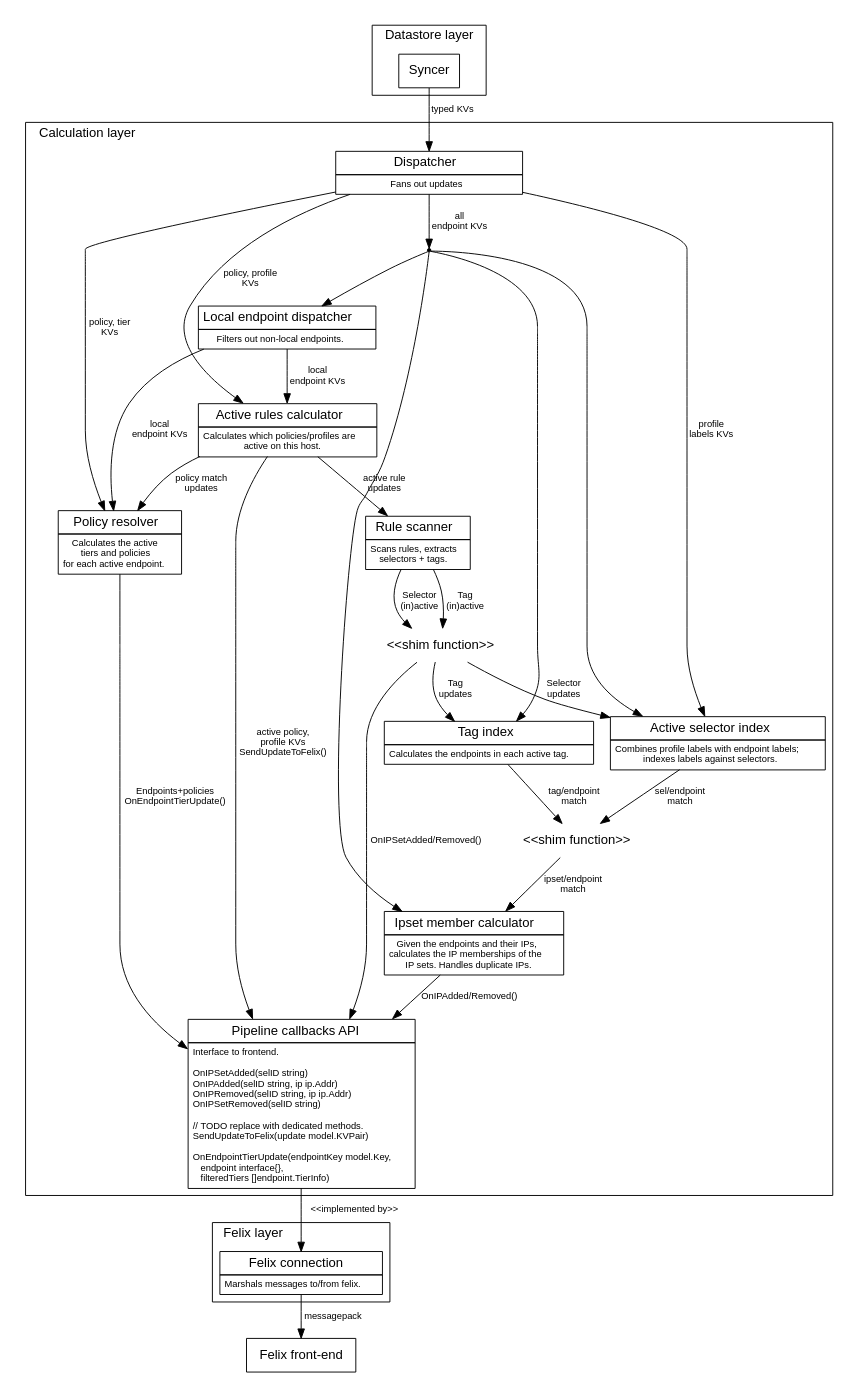
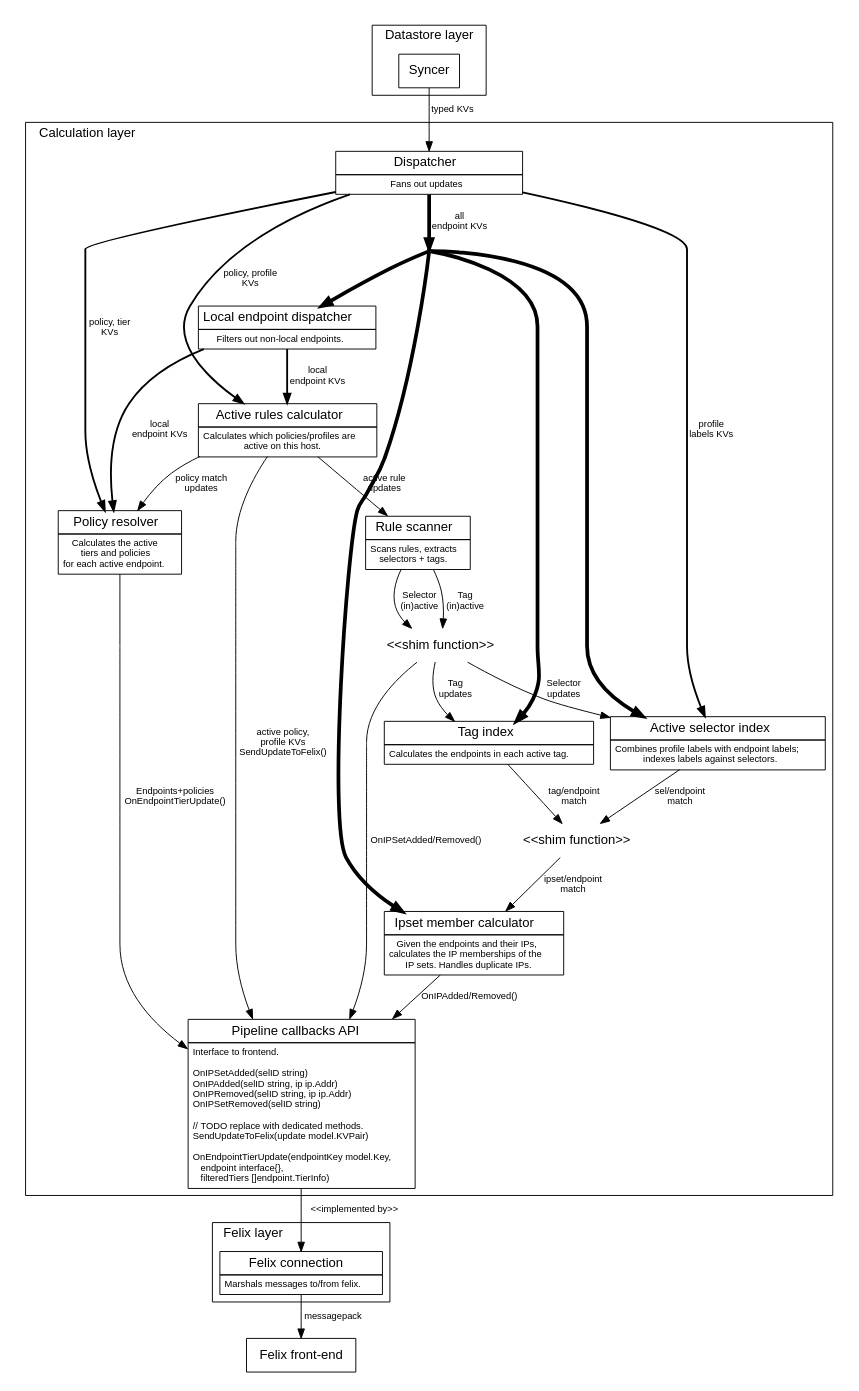
Before and after one commit to projectcalico/libcalico-go: the diagram in doc/calc.dot, drawn with Graphviz.

Commit message:
Use penwidth to maek KVs clear.

```diff
--- a/doc/calc.dot
+++ b/doc/calc.dot
@@ -1,134 +1,134 @@
 digraph G {
 size="7.5,10"
 labeljust="l"
 fontname=Helvetica;
 node [fontname=Helvetica]
 edge [fontname=Helvetica,fontsize=10]
 
     subgraph cluster0 {
     label="Datastore layer";
 
         Syncer [shape=box]
     }
 
     Syncer -> Dispatcher [label="typed KVs"]
 
     subgraph cluster1 {
     label="Calculation layer";
         subgraph {
             /* Put some padding either side of the Dispatcher. */
             rank=same; nodepadding1; Dispatcher; nodepadding2;
             nodepadding1 [style=invisible,fixedsize=true,width=4]
             nodepadding2 [style=invisible,fixedsize=true,width=4]
             nodepadding1 -> Dispatcher [style=invis];
             Dispatcher -> nodepadding2 [style=invis];
         }
 
         Dispatcher [label=<<table BORDER="0" CELLBORDER="1" CELLSPACING="0" CELLPADDING="4">
           <tr><td WIDTH="200"><font point-size="14" >Dispatcher</font></td></tr>
           <tr><td><font point-size="10">Fans out updates</font></td></tr>
         </table>>, shape=none, margin=0]
-        Dispatcher -> PolicyResolver [label="policy, tier\nKVs"]
-        Dispatcher -> ActiveRulesCalc [label="policy, profile\nKVs"]
-        Dispatcher -> ActiveSelIdx [label="profile\nlabels KVs"]
+        Dispatcher -> PolicyResolver [label="policy, tier\nKVs", penwidth=2]
+        Dispatcher -> ActiveRulesCalc [label="policy, profile\nKVs", penwidth=2]
+        Dispatcher -> ActiveSelIdx [label="profile\nlabels KVs", penwidth=2]
 
         EPKVs [shape=point];
-        Dispatcher -> EPKVs [label="all\nendpoint KVs"];
+        Dispatcher -> EPKVs [label="all\nendpoint KVs", penwidth=4];
 
-        EPKVs -> ActiveSelIdx;
-        EPKVs -> LocalDispatcher;
-        EPKVs -> TagIndex;
-        EPKVs -> MemberCalc;
+        EPKVs -> ActiveSelIdx [penwidth=4];
+        EPKVs -> LocalDispatcher [penwidth=4];
+        EPKVs -> TagIndex [penwidth=4];
+        EPKVs -> MemberCalc [penwidth=4];
 
         LocalDispatcher [label=<<table BORDER="0" CELLBORDER="1" CELLSPACING="0" CELLPADDING="4">
           <tr><td><font point-size="14">Local endpoint dispatcher</font></td></tr>
           <tr><td><font point-size="10">Filters out non-local endpoints.</font></td></tr>
         </table>>, shape=none, margin=0]
-        LocalDispatcher -> ActiveRulesCalc [label="local\nendpoint KVs"];
-        LocalDispatcher -> PolicyResolver [label="local\nendpoint KVs"]
+        LocalDispatcher -> ActiveRulesCalc [label="local\nendpoint KVs", penwidth=2];
+        LocalDispatcher -> PolicyResolver [label="local\nendpoint KVs", penwidth=2]
 
         ActiveRulesCalc [label=<<table BORDER="0" CELLBORDER="1" CELLSPACING="0" CELLPADDING="4">
           <tr><td><font point-size="14">Active rules calculator</font></td></tr>
           <tr><td><font point-size="10">Calculates which policies/profiles are<br/>active on this host.</font></td></tr>
         </table>>, shape=none, margin=0];
         ActiveRulesCalc -> RuleScanner [label="active rule\nupdates"];
         ActiveRulesCalc -> PolicyResolver [label="policy match\nupdates"];
 
         ActiveSelIdx [label=<<table BORDER="0" CELLBORDER="1" CELLSPACING="0" CELLPADDING="4">
           <tr><td><font point-size="14">Active selector index</font></td></tr>
           <tr><td><font point-size="10">Combines profile labels with endpoint labels;<br/>indexes labels against selectors.</font></td></tr>
         </table>>, shape=none, margin=0];
         "<<shim function>>" [shape=none]
         ActiveSelIdx -> "<<shim function>>" [label="sel/endpoint\nmatch"];
 
         RuleScanner [label=<<table BORDER="0" CELLBORDER="1" CELLSPACING="0" CELLPADDING="4">
           <tr><td><font point-size="14">Rule scanner</font></td></tr>
           <tr><td><font point-size="10">Scans rules, extracts<br/>selectors + tags.</font></td></tr>
         </table>>, shape=none, margin=0];
 
         PolicyResolver [label=<<table BORDER="0" CELLBORDER="1" CELLSPACING="0" CELLPADDING="4">
           <tr><td><font point-size="14">Policy resolver</font></td></tr>
           <tr><td><font point-size="10">Calculates the active<br/>tiers and policies<br/>for each active endpoint.</font></td></tr>
         </table>>, shape=none, margin=0];
 
 
         TagIndex [label=<<table BORDER="0" CELLBORDER="1" CELLSPACING="0" CELLPADDING="4">
           <tr><td><font point-size="14">Tag index</font></td></tr>
           <tr><td><font point-size="10">Calculates the endpoints in each active tag.</font></td></tr>
         </table>>, shape=none, margin=0];
 
         TagIndex -> "<<shim function>>" [label="tag/endpoint\nmatch"];
         "<<shim function>>" -> MemberCalc [label="ipset/endpoint\nmatch"];
 
         MemberCalc [label=<<table BORDER="0" CELLBORDER="1" CELLSPACING="0" CELLPADDING="4">
           <tr><td><font point-size="14">Ipset member calculator</font></td></tr>
           <tr><td><font point-size="10">Given the endpoints and their IPs,<br/>calculates the IP memberships of the<br/>IP sets. Handles duplicate IPs.</font></td></tr>
         </table>>, shape=none, margin=0];
 
 
         ActiveRulesCalc -> PipelineCallbacks [label="active policy,\nprofile KVs\nSendUpdateToFelix()"];
 
         RuleScannerShim [label="<<shim function>>", shape=none]
         RuleScanner -> RuleScannerShim [label="Selector\n(in)active"];
         RuleScannerShim -> ActiveSelIdx [label="Selector\nupdates"]
         RuleScannerShim -> PipelineCallbacks [label="OnIPSetAdded/Removed()"];
 
         RuleScanner -> RuleScannerShim [label="Tag\n(in)active"];
         RuleScannerShim -> TagIndex [label="Tag\nupdates"]
 
 
         MemberCalc -> PipelineCallbacks [label="OnIPAdded/Removed()"];
         PolicyResolver -> PipelineCallbacks [label="Endpoints+policies\nOnEndpointTierUpdate()"];
 
         PipelineCallbacks [label=<<table BORDER="0" CELLBORDER="1" CELLSPACING="0" CELLPADDING="4">
           <tr><td><font point-size="14">Pipeline callbacks API</font></td></tr>
           <tr><td align="left"><font point-size="10">Interface to frontend.<BR ALIGN="LEFT"/>
 <BR ALIGN="LEFT"/>
 OnIPSetAdded(selID string)<BR ALIGN="LEFT"/>
 OnIPAdded(selID string, ip ip.Addr)<BR ALIGN="LEFT"/>
 OnIPRemoved(selID string, ip ip.Addr)<BR ALIGN="LEFT"/>
 OnIPSetRemoved(selID string)<BR ALIGN="LEFT"/>
 <BR ALIGN="LEFT"/>
 // TODO replace with dedicated methods.<BR ALIGN="LEFT"/>
 SendUpdateToFelix(update model.KVPair)<BR ALIGN="LEFT"/>
 <BR ALIGN="LEFT"/>
 OnEndpointTierUpdate(endpointKey model.Key,<BR ALIGN="LEFT"/>
     endpoint interface{},<BR ALIGN="LEFT"/>
     filteredTiers []endpoint.TierInfo)<BR ALIGN="LEFT"/>
 </font></td></tr>
         </table>>, shape=none, margin=0];
     }
 
     subgraph cluster2 {
     label="Felix layer";
         FelixConnection [label=<<table BORDER="0" CELLBORDER="1" CELLSPACING="0" CELLPADDING="4">
           <tr><td><font point-size="14">Felix connection</font></td></tr>
           <tr><td><font point-size="10">Marshals messages to/from felix.</font></td></tr>
         </table>>, shape=none, margin=0];
     }
 
 
     PipelineCallbacks -> FelixConnection [label="<<implemented by>>"]
     FelixConnection -> Felix [label="messagepack"];
     Felix [shape=box, label="Felix front-end"];
 }
```
